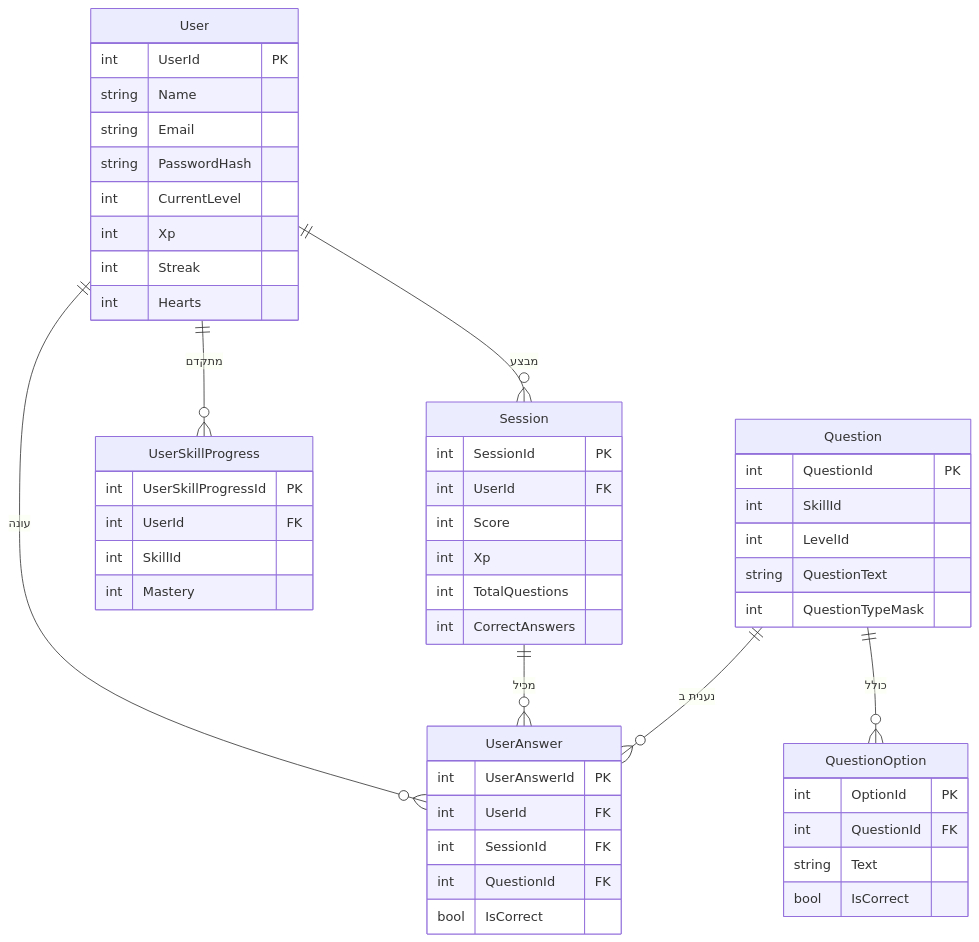
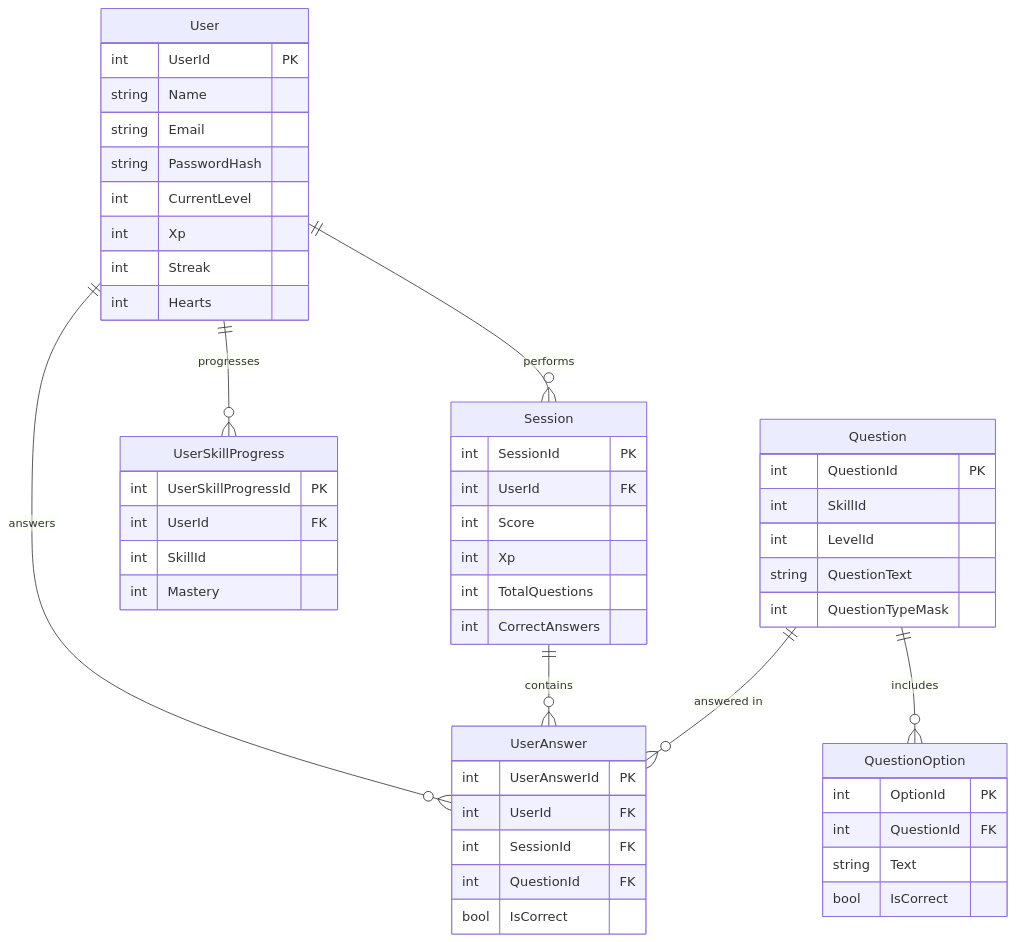
Before and after one commit to tehila4510/MyProject: the second of 2 diagrams in README.md, drawn with Mermaid. The commit also changed other lines of this file, not shown here.

````diff
--- a/README.md
+++ b/README.md
@@ -159,54 +157,54 @@
 ```mermaid
 erDiagram
-    User ||--o{ Session : "מבצע"
-    User ||--o{ UserAnswer : "עונה"
-    User ||--o{ UserSkillProgress : "מתקדם"
-    Session ||--o{ UserAnswer : "מכיל"
-    Question ||--o{ QuestionOption : "כולל"
-    Question ||--o{ UserAnswer : "נענית ב"
+    User ||--o{ Session : "performs"
+    User ||--o{ UserAnswer : "answers"
+    User ||--o{ UserSkillProgress : "progresses"
+    Session ||--o{ UserAnswer : "contains"
+    Question ||--o{ QuestionOption : "includes"
+    Question ||--o{ UserAnswer : "answered in"
 
     User {
         int UserId PK
         string Name
         string Email
         string PasswordHash
         int CurrentLevel
         int Xp
         int Streak
         int Hearts
     }
     Session {
         int SessionId PK
         int UserId FK
         int Score
         int Xp
         int TotalQuestions
         int CorrectAnswers
     }
     Question {
         int QuestionId PK
         int SkillId
         int LevelId
         string QuestionText
         int QuestionTypeMask
     }
     QuestionOption {
         int OptionId PK
         int QuestionId FK
         string Text
         bool IsCorrect
     }
     UserAnswer {
         int UserAnswerId PK
         int UserId FK
         int SessionId FK
         int QuestionId FK
         bool IsCorrect
     }
     UserSkillProgress {
         int UserSkillProgressId PK
         int UserId FK
         int SkillId
         int Mastery
     }
 ```
````
